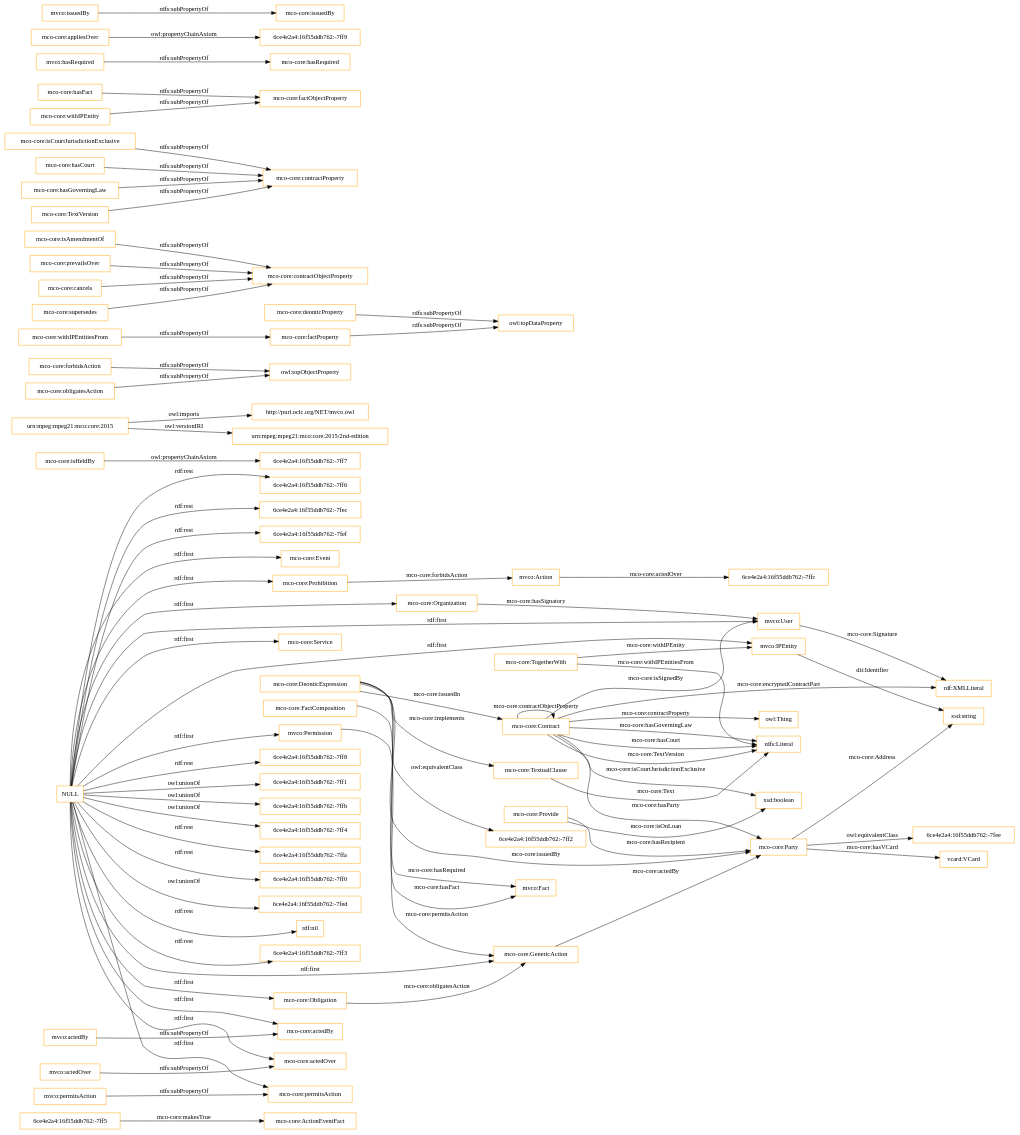
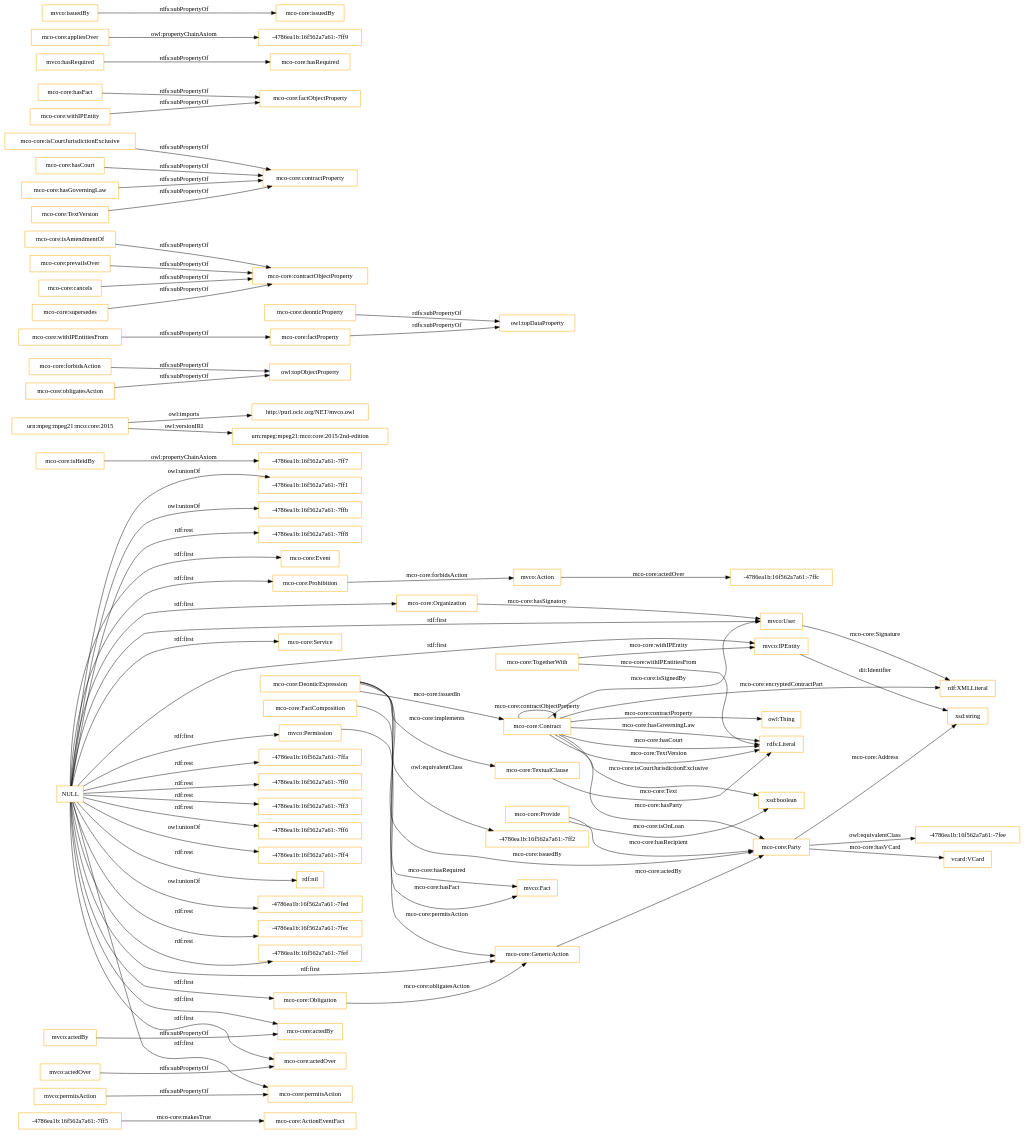
Before and after one commit to mesbahkhan/mro: the diagram in OnToology/mpeg/mco-core.owl/diagrams/ar2dtool-class/mco-core.owl.png.dot, drawn with Graphviz. The commit also changed 2 other files, not shown here.

```diff
--- a/OnToology/mpeg/mco-core.owl/diagrams/ar2dtool-class/mco-core.owl.png.dot
+++ b/OnToology/mpeg/mco-core.owl/diagrams/ar2dtool-class/mco-core.owl.png.dot
@@ -1,86 +1,86 @@
 digraph ar2dtool_diagram { 
 rankdir=LR;
 size="1501"
-node [shape = rectangle, color="orange"]; "mco-core:ActionEventFact" "mco-core:Event" "mco-core:Party" "mvco:Permission" "6ce4e2a4:16f55ddb762:-7ffc" "mco-core:Organization" "mco-core:Obligation" "mvco:Fact" "6ce4e2a4:16f55ddb762:-7fee" "mco-core:TextualClause" "mco-core:Contract" "mco-core:FactComposition" "mco-core:TogetherWith" "mco-core:Service" "mvco:Action" "mco-core:Prohibition" "6ce4e2a4:16f55ddb762:-7ff5" "vcard:VCard" "mco-core:Provide" "mco-core:GenericAction" "mco-core:DeonticExpression" "mvco:User" "mvco:IPEntity" "6ce4e2a4:16f55ddb762:-7ff2" ; /*classes style*/
-	"mco-core:isHeldBy" -> "6ce4e2a4:16f55ddb762:-7ff7" [ label = "owl:propertyChainAxiom" ];
-	"mco-core:Party" -> "6ce4e2a4:16f55ddb762:-7fee" [ label = "owl:equivalentClass" ];
+node [shape = rectangle, color="orange"]; "mco-core:ActionEventFact" "mco-core:Event" "-4786ea1b:16f562a7a61:-7ffc" "mco-core:Party" "mvco:Permission" "mco-core:Organization" "mco-core:Obligation" "mvco:Fact" "mco-core:TextualClause" "mco-core:Contract" "-4786ea1b:16f562a7a61:-7ff5" "-4786ea1b:16f562a7a61:-7ff2" "mco-core:FactComposition" "mco-core:TogetherWith" "mco-core:Service" "mvco:Action" "mco-core:Prohibition" "-4786ea1b:16f562a7a61:-7fee" "vcard:VCard" "mco-core:Provide" "mco-core:GenericAction" "mco-core:DeonticExpression" "mvco:User" "mvco:IPEntity" ; /*classes style*/
+	"mco-core:isHeldBy" -> "-4786ea1b:16f562a7a61:-7ff7" [ label = "owl:propertyChainAxiom" ];
+	"mco-core:Party" -> "-4786ea1b:16f562a7a61:-7fee" [ label = "owl:equivalentClass" ];
 	"urn:mpeg:mpeg21:mco:core:2015" -> "http://purl.oclc.org/NET/mvco.owl" [ label = "owl:imports" ];
 	"urn:mpeg:mpeg21:mco:core:2015" -> "urn:mpeg:mpeg21:mco:core:2015/2nd-edition" [ label = "owl:versionIRI" ];
 	"mco-core:forbidsAction" -> "owl:topObjectProperty" [ label = "rdfs:subPropertyOf" ];
 	"mco-core:deonticProperty" -> "owl:topDataProperty" [ label = "rdfs:subPropertyOf" ];
 	"mco-core:isAmendmentOf" -> "mco-core:contractObjectProperty" [ label = "rdfs:subPropertyOf" ];
 	"mco-core:obligatesAction" -> "owl:topObjectProperty" [ label = "rdfs:subPropertyOf" ];
 	"mco-core:isCourtJurisdictionExclusive" -> "mco-core:contractProperty" [ label = "rdfs:subPropertyOf" ];
 	"mvco:actedBy" -> "mco-core:actedBy" [ label = "rdfs:subPropertyOf" ];
 	"mvco:actedOver" -> "mco-core:actedOver" [ label = "rdfs:subPropertyOf" ];
 	"mco-core:hasFact" -> "mco-core:factObjectProperty" [ label = "rdfs:subPropertyOf" ];
 	"mvco:hasRequired" -> "mco-core:hasRequired" [ label = "rdfs:subPropertyOf" ];
-	"NULL" -> "6ce4e2a4:16f55ddb762:-7ff8" [ label = "rdf:rest" ];
+	"NULL" -> "-4786ea1b:16f562a7a61:-7ffa" [ label = "rdf:rest" ];
 	"NULL" -> "mco-core:permitsAction" [ label = "rdf:first" ];
-	"NULL" -> "6ce4e2a4:16f55ddb762:-7ff1" [ label = "owl:unionOf" ];
+	"NULL" -> "mco-core:Service" [ label = "rdf:first" ];
 	"NULL" -> "mco-core:Obligation" [ label = "rdf:first" ];
-	"NULL" -> "mco-core:Service" [ label = "rdf:first" ];
 	"NULL" -> "mco-core:Prohibition" [ label = "rdf:first" ];
-	"NULL" -> "6ce4e2a4:16f55ddb762:-7ffb" [ label = "owl:unionOf" ];
-	"NULL" -> "6ce4e2a4:16f55ddb762:-7ff4" [ label = "owl:unionOf" ];
-	"NULL" -> "6ce4e2a4:16f55ddb762:-7ffa" [ label = "rdf:rest" ];
 	"NULL" -> "mco-core:Organization" [ label = "rdf:first" ];
+	"NULL" -> "-4786ea1b:16f562a7a61:-7ff0" [ label = "rdf:rest" ];
+	"NULL" -> "-4786ea1b:16f562a7a61:-7ff3" [ label = "rdf:rest" ];
+	"NULL" -> "-4786ea1b:16f562a7a61:-7ff6" [ label = "rdf:rest" ];
 	"NULL" -> "mvco:IPEntity" [ label = "rdf:first" ];
-	"NULL" -> "6ce4e2a4:16f55ddb762:-7ff0" [ label = "rdf:rest" ];
-	"NULL" -> "6ce4e2a4:16f55ddb762:-7fed" [ label = "owl:unionOf" ];
+	"NULL" -> "-4786ea1b:16f562a7a61:-7ff4" [ label = "owl:unionOf" ];
 	"NULL" -> "mco-core:GenericAction" [ label = "rdf:first" ];
 	"NULL" -> "rdf:nil" [ label = "rdf:rest" ];
 	"NULL" -> "mco-core:actedOver" [ label = "rdf:first" ];
-	"NULL" -> "6ce4e2a4:16f55ddb762:-7ff3" [ label = "rdf:rest" ];
-	"NULL" -> "6ce4e2a4:16f55ddb762:-7ff6" [ label = "rdf:rest" ];
 	"NULL" -> "mco-core:Event" [ label = "rdf:first" ];
+	"NULL" -> "-4786ea1b:16f562a7a61:-7fed" [ label = "owl:unionOf" ];
+	"NULL" -> "-4786ea1b:16f562a7a61:-7fec" [ label = "rdf:rest" ];
+	"NULL" -> "-4786ea1b:16f562a7a61:-7fef" [ label = "rdf:rest" ];
+	"NULL" -> "-4786ea1b:16f562a7a61:-7ff1" [ label = "owl:unionOf" ];
 	"NULL" -> "mvco:User" [ label = "rdf:first" ];
+	"NULL" -> "-4786ea1b:16f562a7a61:-7ffb" [ label = "owl:unionOf" ];
+	"NULL" -> "-4786ea1b:16f562a7a61:-7ff8" [ label = "rdf:rest" ];
 	"NULL" -> "mvco:Permission" [ label = "rdf:first" ];
-	"NULL" -> "6ce4e2a4:16f55ddb762:-7fec" [ label = "rdf:rest" ];
-	"NULL" -> "6ce4e2a4:16f55ddb762:-7fef" [ label = "rdf:rest" ];
 	"NULL" -> "mco-core:actedBy" [ label = "rdf:first" ];
 	"mco-core:withIPEntitiesFrom" -> "mco-core:factProperty" [ label = "rdfs:subPropertyOf" ];
 	"mco-core:hasCourt" -> "mco-core:contractProperty" [ label = "rdfs:subPropertyOf" ];
 	"mco-core:hasGoverningLaw" -> "mco-core:contractProperty" [ label = "rdfs:subPropertyOf" ];
 	"mco-core:prevailsOver" -> "mco-core:contractObjectProperty" [ label = "rdfs:subPropertyOf" ];
-	"mco-core:appliesOver" -> "6ce4e2a4:16f55ddb762:-7ff9" [ label = "owl:propertyChainAxiom" ];
+	"mco-core:appliesOver" -> "-4786ea1b:16f562a7a61:-7ff9" [ label = "owl:propertyChainAxiom" ];
 	"mco-core:TextVersion" -> "mco-core:contractProperty" [ label = "rdfs:subPropertyOf" ];
 	"mco-core:factProperty" -> "owl:topDataProperty" [ label = "rdfs:subPropertyOf" ];
 	"mvco:permitsAction" -> "mco-core:permitsAction" [ label = "rdfs:subPropertyOf" ];
 	"mco-core:cancels" -> "mco-core:contractObjectProperty" [ label = "rdfs:subPropertyOf" ];
 	"mco-core:withIPEntity" -> "mco-core:factObjectProperty" [ label = "rdfs:subPropertyOf" ];
 	"mvco:issuedBy" -> "mco-core:issuedBy" [ label = "rdfs:subPropertyOf" ];
 	"mco-core:supersedes" -> "mco-core:contractObjectProperty" [ label = "rdfs:subPropertyOf" ];
-	"mco-core:DeonticExpression" -> "6ce4e2a4:16f55ddb762:-7ff2" [ label = "owl:equivalentClass" ];
+	"mco-core:DeonticExpression" -> "-4786ea1b:16f562a7a61:-7ff2" [ label = "owl:equivalentClass" ];
 	"mco-core:Contract" -> "rdfs:Literal" [ label = "mco-core:hasCourt" ];
 	"mco-core:DeonticExpression" -> "mco-core:TextualClause" [ label = "mco-core:implements" ];
-	"mvco:Action" -> "6ce4e2a4:16f55ddb762:-7ffc" [ label = "mco-core:actedOver" ];
+	"mvco:Action" -> "-4786ea1b:16f562a7a61:-7ffc" [ label = "mco-core:actedOver" ];
 	"mvco:Permission" -> "mco-core:GenericAction" [ label = "mco-core:permitsAction" ];
 	"mco-core:Contract" -> "mvco:User" [ label = "mco-core:isSignedBy" ];
 	"mco-core:Party" -> "xsd:string" [ label = "mco-core:Address" ];
 	"mco-core:FactComposition" -> "mvco:Fact" [ label = "mco-core:hasFact" ];
 	"mco-core:Provide" -> "xsd:boolean" [ label = "mco-core:isOnLoan" ];
 	"mco-core:Contract" -> "owl:Thing" [ label = "mco-core:contractProperty" ];
 	"mco-core:TogetherWith" -> "mvco:IPEntity" [ label = "mco-core:withIPEntity" ];
 	"mco-core:Contract" -> "xsd:boolean" [ label = "mco-core:isCourtJurisdictionExclusive" ];
 	"mvco:IPEntity" -> "xsd:string" [ label = "dii:Identifier" ];
 	"mco-core:TogetherWith" -> "rdfs:Literal" [ label = "mco-core:withIPEntitiesFrom" ];
 	"mco-core:DeonticExpression" -> "mco-core:Party" [ label = "mco-core:issuedBy" ];
-	"6ce4e2a4:16f55ddb762:-7ff5" -> "mco-core:ActionEventFact" [ label = "mco-core:makesTrue" ];
+	"-4786ea1b:16f562a7a61:-7ff5" -> "mco-core:ActionEventFact" [ label = "mco-core:makesTrue" ];
 	"mco-core:DeonticExpression" -> "mvco:Fact" [ label = "mco-core:hasRequired" ];
 	"mco-core:Party" -> "vcard:VCard" [ label = "mco-core:hasVCard" ];
 	"mco-core:Organization" -> "mvco:User" [ label = "mco-core:hasSignatory" ];
 	"mco-core:Obligation" -> "mco-core:GenericAction" [ label = "mco-core:obligatesAction" ];
 	"mco-core:Contract" -> "mco-core:Contract" [ label = "mco-core:contractObjectProperty" ];
 	"mco-core:Contract" -> "rdfs:Literal" [ label = "mco-core:TextVersion" ];
 	"mvco:User" -> "rdf:XMLLiteral" [ label = "mco-core:Signature" ];
 	"mco-core:Prohibition" -> "mvco:Action" [ label = "mco-core:forbidsAction" ];
 	"mco-core:GenericAction" -> "mco-core:Party" [ label = "mco-core:actedBy" ];
 	"mco-core:Provide" -> "mco-core:Party" [ label = "mco-core:hasRecipient" ];
 	"mco-core:Contract" -> "mco-core:Party" [ label = "mco-core:hasParty" ];
 	"mco-core:DeonticExpression" -> "mco-core:Contract" [ label = "mco-core:issuedIn" ];
 	"mco-core:TextualClause" -> "rdfs:Literal" [ label = "mco-core:Text" ];
 	"mco-core:Contract" -> "rdfs:Literal" [ label = "mco-core:hasGoverningLaw" ];
 	"mco-core:Contract" -> "rdf:XMLLiteral" [ label = "mco-core:encryptedContractPart" ];
 
 }
```
